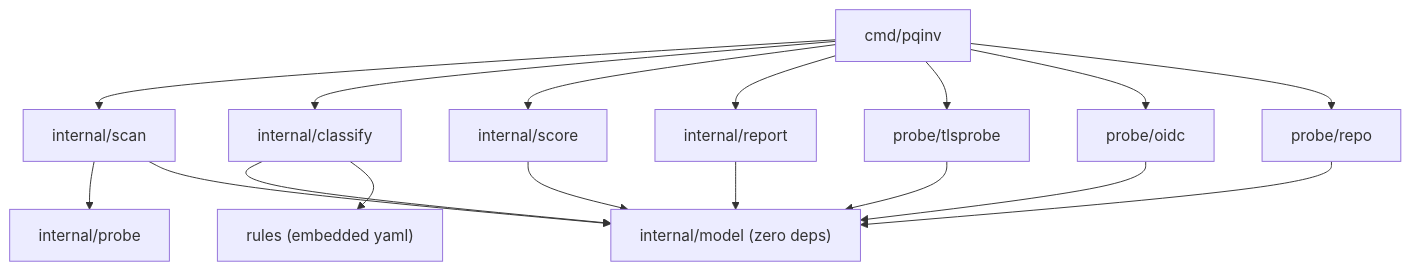
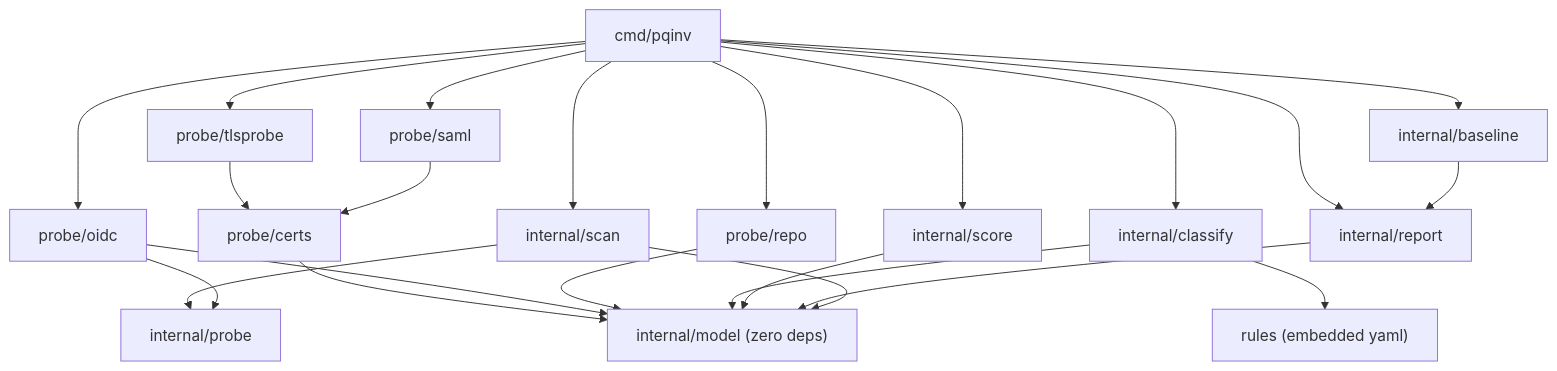
The second of 3 diagrams in docs/architecture.md (angga-22/pqinv), drawn with Mermaid before and after one commit. The commit also changed other lines of this file and 21 other files, not shown here.

Commit message:
feat: baseline gate, SAML probe, issuer TLS in scan oidc, RSA key-transport pass

````diff
--- a/docs/architecture.md
+++ b/docs/architecture.md
@@ -57,14 +64,16 @@
 ```mermaid
 flowchart TD
     cmd["cmd/pqinv"] --> scan & classify & score & report
-    cmd --> tlsprobe & oidc & repo
+    cmd --> tlsprobe & oidc & saml & repo & baseline
     scan["internal/scan"] --> probe["internal/probe"]
-    tlsprobe["probe/tlsprobe"] --> model
-    oidc["probe/oidc"] --> model
+    tlsprobe["probe/tlsprobe"] --> certs["probe/certs"] --> model
+    oidc["probe/oidc"] --> model & probe
+    saml["probe/saml"] --> certs
     repo["probe/repo"] --> model
+    baseline["internal/baseline"] --> report
     classify["internal/classify"] --> model & rules["rules (embedded yaml)"]
     score["internal/score"] --> model
     report["internal/report"] --> model
     scan --> model
     model["internal/model (zero deps)"]
 ```
````
